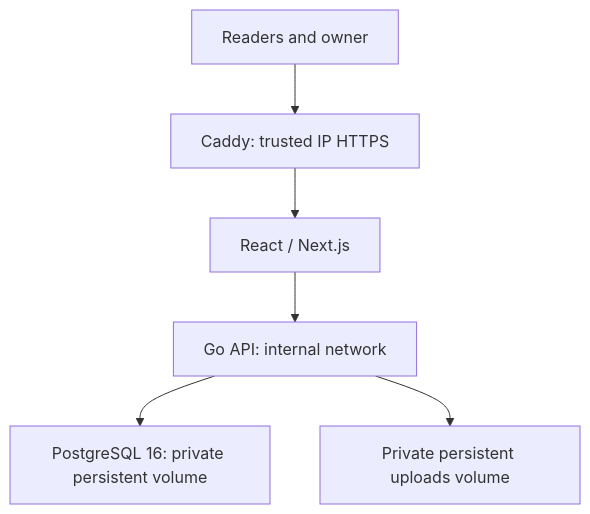
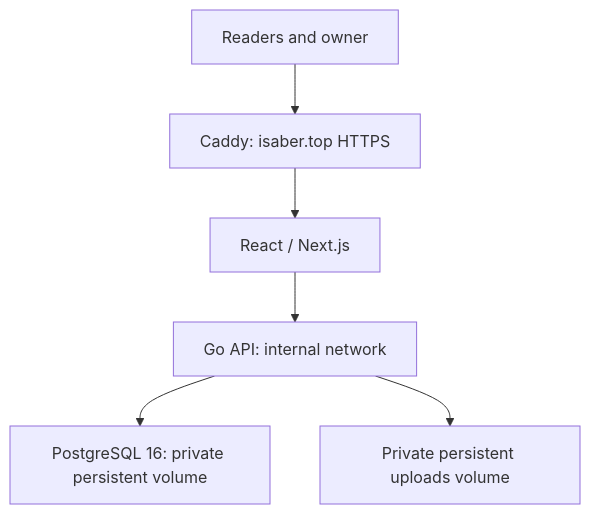
The diagram in DEVELOPMENT_PLAN.md (IiCEight/iSaber), drawn with Mermaid before and after one commit. The commit also changed other lines of this file and 11 other files, not shown here.

Commit message:
feat(ops): configure isaber.top with canonical HTTPS redirects

````diff
--- a/DEVELOPMENT_PLAN.md
+++ b/DEVELOPMENT_PLAN.md
@@ -76,8 +76,8 @@
 ```mermaid
 flowchart TD
-    Browser[Readers and owner] --> Proxy[Caddy: trusted IP HTTPS]
+    Browser[Readers and owner] --> Proxy[Caddy: isaber.top HTTPS]
     Proxy --> Frontend[React / Next.js]
     Frontend --> API[Go API: internal network]
     API --> Database[PostgreSQL 16: private persistent volume]
     API --> Storage[Private persistent uploads volume]
 ```
````
